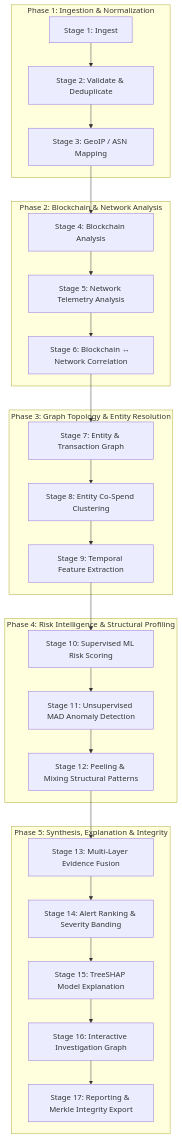
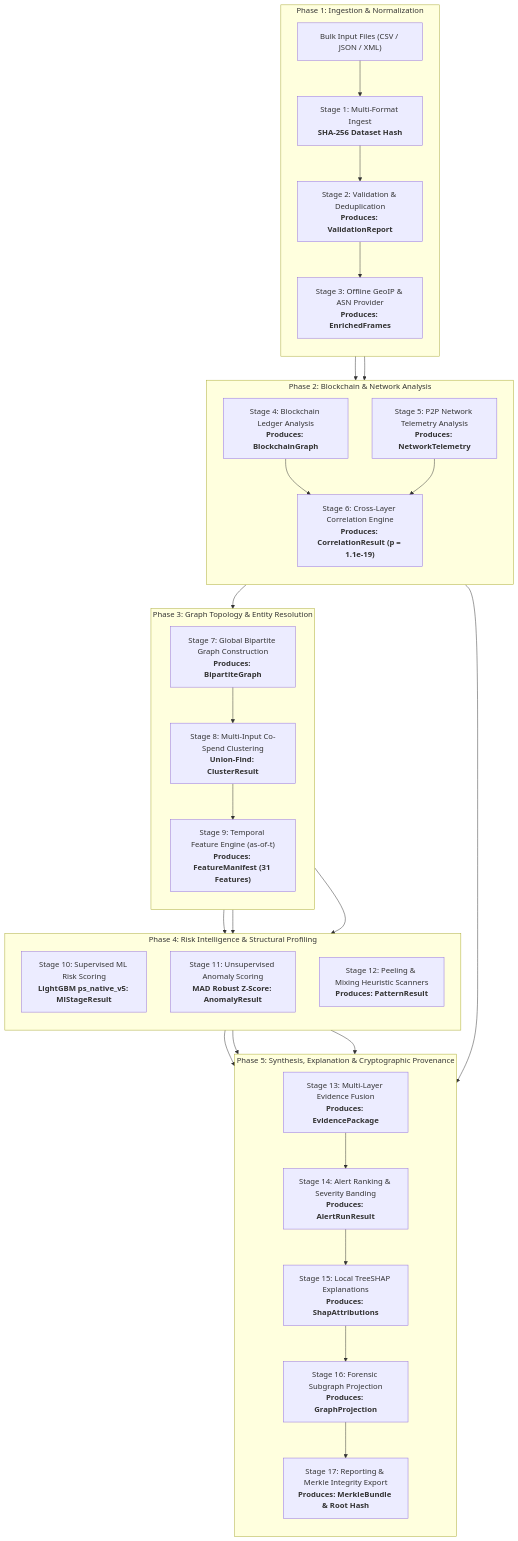
The third of 7 diagrams in docs/TECHNICAL_WRITEUP.md (Varun2526/ObsidianChain), drawn with Mermaid before and after one commit. The commit also changed other lines of this file and 6 other files, not shown here.

Commit message:
docs: add detailed clustered high-legibility Mermaid flowcharts across architecture, pipeline, and casework

````diff
--- a/docs/TECHNICAL_WRITEUP.md
+++ b/docs/TECHNICAL_WRITEUP.md
@@ -110,29 +137,39 @@
 ```mermaid
 flowchart TD
-    subgraph P1 [Phase 1: Ingestion & Normalization]
-        S1[Stage 1: Ingest] --> S2[Stage 2: Validate & Deduplicate]
-        S2 --> S3[Stage 3: GeoIP / ASN Mapping]
+    subgraph P1 ["Phase 1: Ingestion & Normalization"]
+        direction TB
+        RAW["Bulk Input Files (CSV / JSON / XML)"] --> S1["Stage 1: Multi-Format Ingest<br/><b>SHA-256 Dataset Hash</b>"]
+        S1 --> S2["Stage 2: Validation & Deduplication<br/><b>Produces: ValidationReport</b>"]
+        S2 --> S3["Stage 3: Offline GeoIP & ASN Provider<br/><b>Produces: EnrichedFrames</b>"]
     end
-    subgraph P2 [Phase 2: Blockchain & Network Analysis]
-        S3 --> S4[Stage 4: Blockchain Analysis]
-        S4 --> S5[Stage 5: Network Telemetry Analysis]
-        S5 --> S6[Stage 6: Blockchain ↔ Network Correlation]
+
+    subgraph P2 ["Phase 2: Blockchain & Network Analysis"]
+        direction TB
+        S3 --> S4["Stage 4: Blockchain Ledger Analysis<br/><b>Produces: BlockchainGraph</b>"]
+        S3 --> S5["Stage 5: P2P Network Telemetry Analysis<br/><b>Produces: NetworkTelemetry</b>"]
+        S4 & S5 --> S6["Stage 6: Cross-Layer Correlation Engine<br/><b>Produces: CorrelationResult (p = 1.1e-19)</b>"]
     end
-    subgraph P3 [Phase 3: Graph Topology & Entity Resolution]
-        S6 --> S7[Stage 7: Entity & Transaction Graph]
-        S7 --> S8[Stage 8: Entity Co-Spend Clustering]
-        S8 --> S9[Stage 9: Temporal Feature Extraction]
+
+    subgraph P3 ["Phase 3: Graph Topology & Entity Resolution"]
+        direction TB
+        S6 --> S7["Stage 7: Global Bipartite Graph Construction<br/><b>Produces: BipartiteGraph</b>"]
+        S7 --> S8["Stage 8: Multi-Input Co-Spend Clustering<br/><b>Union-Find: ClusterResult</b>"]
+        S8 --> S9["Stage 9: Temporal Feature Engine (as-of-t)<br/><b>Produces: FeatureManifest (31 Features)</b>"]
     end
-    subgraph P4 [Phase 4: Risk Intelligence & Structural Profiling]
-        S9 --> S10[Stage 10: Supervised ML Risk Scoring]
-        S10 --> S11[Stage 11: Unsupervised MAD Anomaly Detection]
-        S11 --> S12[Stage 12: Peeling & Mixing Structural Patterns]
+
+    subgraph P4 ["Phase 4: Risk Intelligence & Structural Profiling"]
+        direction TB
+        S9 --> S10["Stage 10: Supervised ML Risk Scoring<br/><b>LightGBM ps_native_v5: MlStageResult</b>"]
+        S9 --> S11["Stage 11: Unsupervised Anomaly Scoring<br/><b>MAD Robust Z-Score: AnomalyResult</b>"]
+        S7 --> S12["Stage 12: Peeling & Mixing Heuristic Scanners<br/><b>Produces: PatternResult</b>"]
     end
-    subgraph P5 [Phase 5: Synthesis, Explanation & Integrity]
-        S12 --> S13[Stage 13: Multi-Layer Evidence Fusion]
-        S13 --> S14[Stage 14: Alert Ranking & Severity Banding]
-        S14 --> S15[Stage 15: TreeSHAP Model Explanation]
-        S15 --> S16[Stage 16: Interactive Investigation Graph]
-        S16 --> S17[Stage 17: Reporting & Merkle Integrity Export]
+
+    subgraph P5 ["Phase 5: Synthesis, Explanation & Cryptographic Provenance"]
+        direction TB
+        S10 & S11 & S12 & S6 --> S13["Stage 13: Multi-Layer Evidence Fusion<br/><b>Produces: EvidencePackage</b>"]
+        S13 --> S14["Stage 14: Alert Ranking & Severity Banding<br/><b>Produces: AlertRunResult</b>"]
+        S14 --> S15["Stage 15: Local TreeSHAP Explanations<br/><b>Produces: ShapAttributions</b>"]
+        S15 --> S16["Stage 16: Forensic Subgraph Projection<br/><b>Produces: GraphProjection</b>"]
+        S16 --> S17["Stage 17: Reporting & Merkle Integrity Export<br/><b>Produces: MerkleBundle & Root Hash</b>"]
     end
 ```
````
